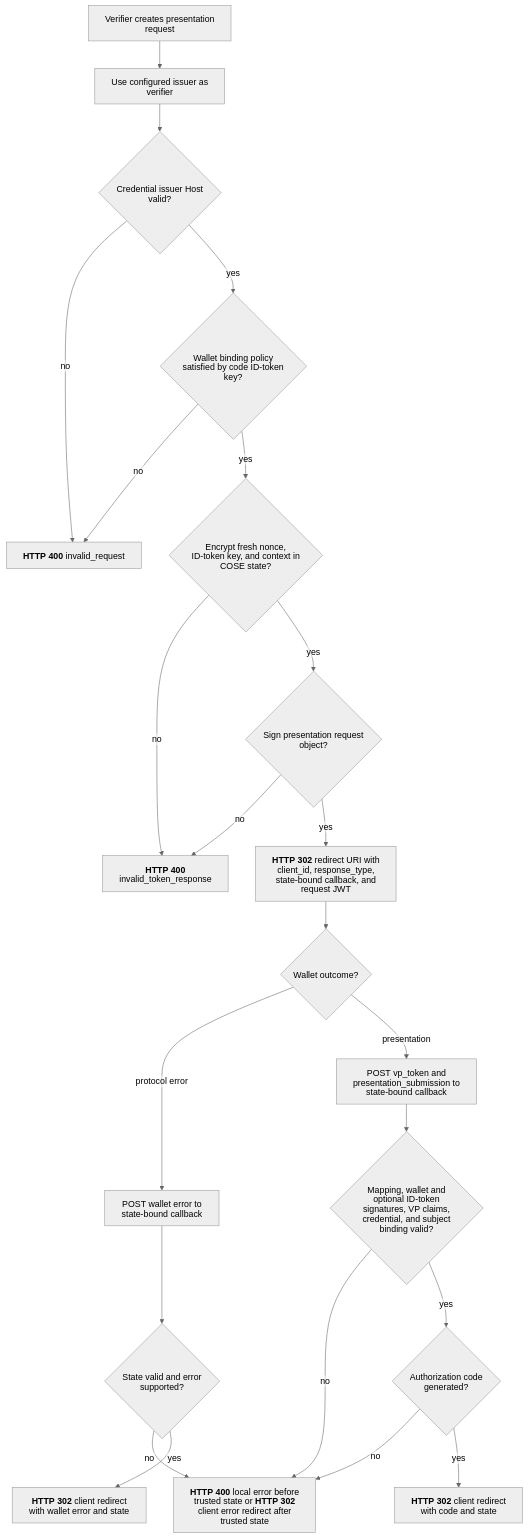
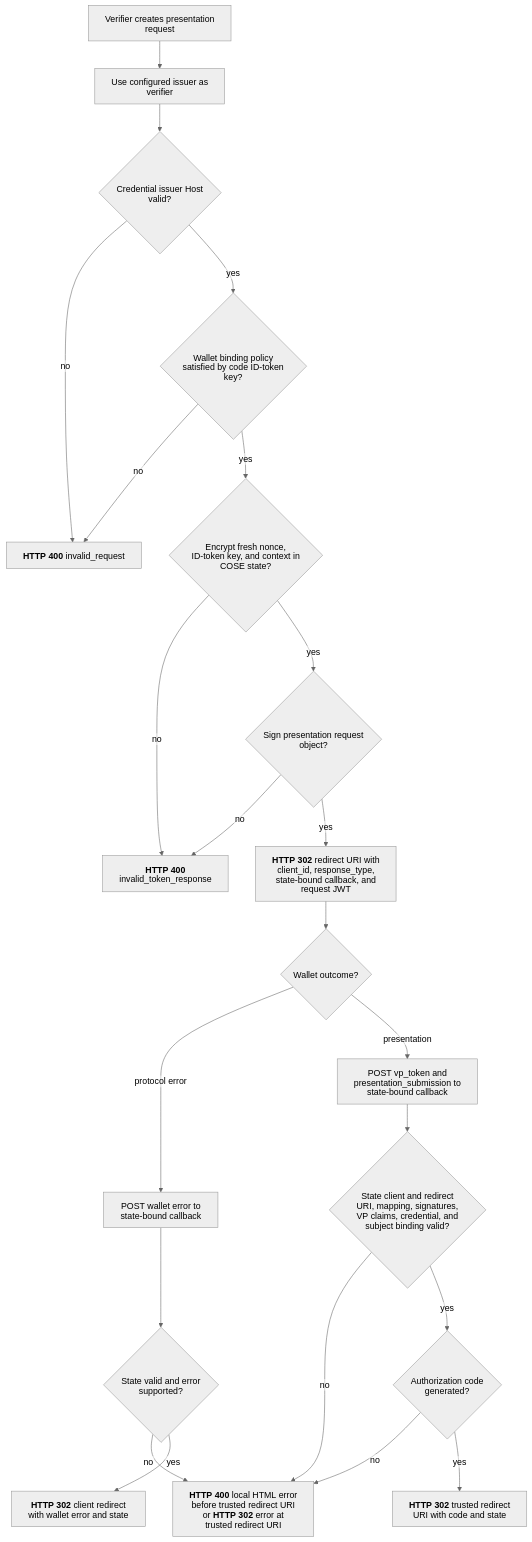
The diagram in docs/flows/openid4vp/presentation.mmd (malach-it/kagome), drawn with Mermaid (neutral theme) before and after one commit. The commit also changed 7 other files, not shown here.

Commit message:
fix: validate openid4vp error redirect uri

```diff
--- a/docs/flows/openid4vp/presentation.mmd
+++ b/docs/flows/openid4vp/presentation.mmd
@@ -1,23 +1,23 @@
 %%{init: {"htmlLabels": false, "flowchart": {"htmlLabels": false}}}%%
 flowchart TD
     begin[Verifier creates presentation request] --> verifier[Use configured issuer as verifier]
     verifier --> issuer{Credential issuer Host valid?}
     issuer -- no --> request_error["`**HTTP 400** invalid_request`"]
     issuer -- yes --> policy{Wallet binding policy satisfied by code ID-token key?}
     policy -- no --> request_error
     policy -- yes --> protect{Encrypt fresh nonce, ID-token key, and context in COSE state?}
     protect -- no --> generation_error["`**HTTP 400** invalid_token_response`"]
     protect -- yes --> sign{Sign presentation request object?}
     sign -- no --> generation_error
     sign -- yes --> authorization["`**HTTP 302** redirect URI with client_id, response_type, state-bound callback, and request JWT`"]
     authorization --> wallet{Wallet outcome?}
     wallet -- protocol error --> post_error[POST wallet error to state-bound callback]
     wallet -- presentation --> post_vp[POST vp_token and presentation_submission to state-bound callback]
     post_error --> error_state{State valid and error supported?}
-    error_state -- no --> response_error["`**HTTP 400** local error before trusted state or **HTTP 302** client error redirect after trusted state`"]
+    error_state -- no --> response_error["`**HTTP 400** local HTML error before trusted redirect URI or **HTTP 302** error at trusted redirect URI`"]
     error_state -- yes --> error_redirect["`**HTTP 302** client redirect with wallet error and state`"]
-    post_vp --> validate{Mapping, wallet and optional ID-token signatures, VP claims, credential, and subject binding valid?}
+    post_vp --> validate{State client and redirect URI, mapping, signatures, VP claims, credential, and subject binding valid?}
     validate -- no --> response_error
     validate -- yes --> code{Authorization code generated?}
     code -- no --> response_error
-    code -- yes --> success["`**HTTP 302** client redirect with code and state`"]
+    code -- yes --> success["`**HTTP 302** trusted redirect URI with code and state`"]
```
